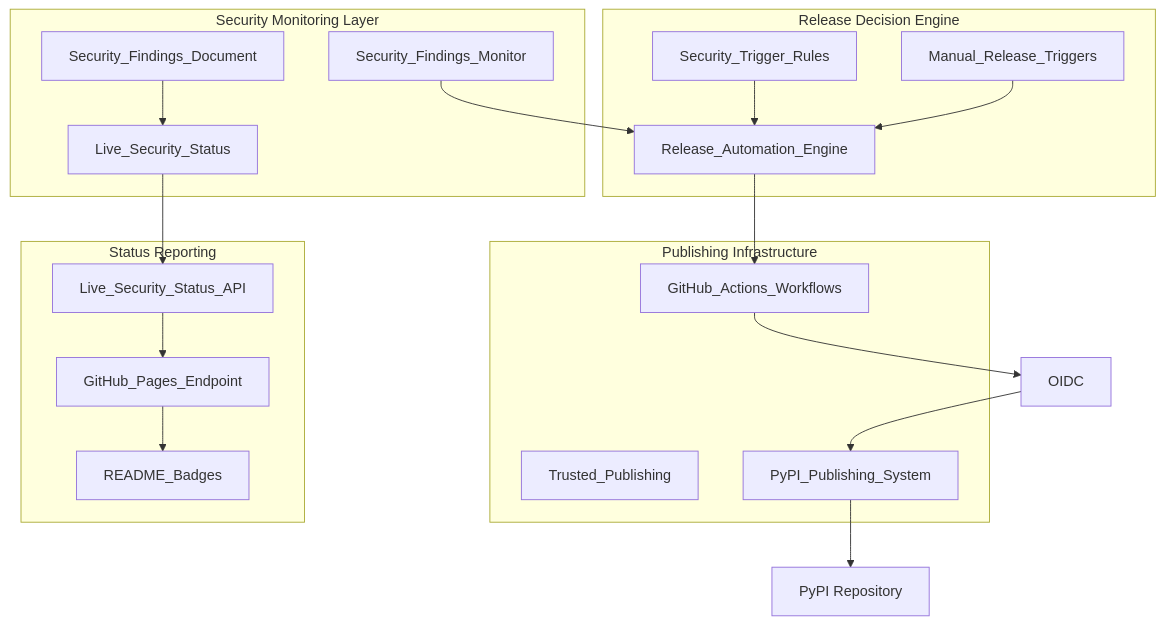
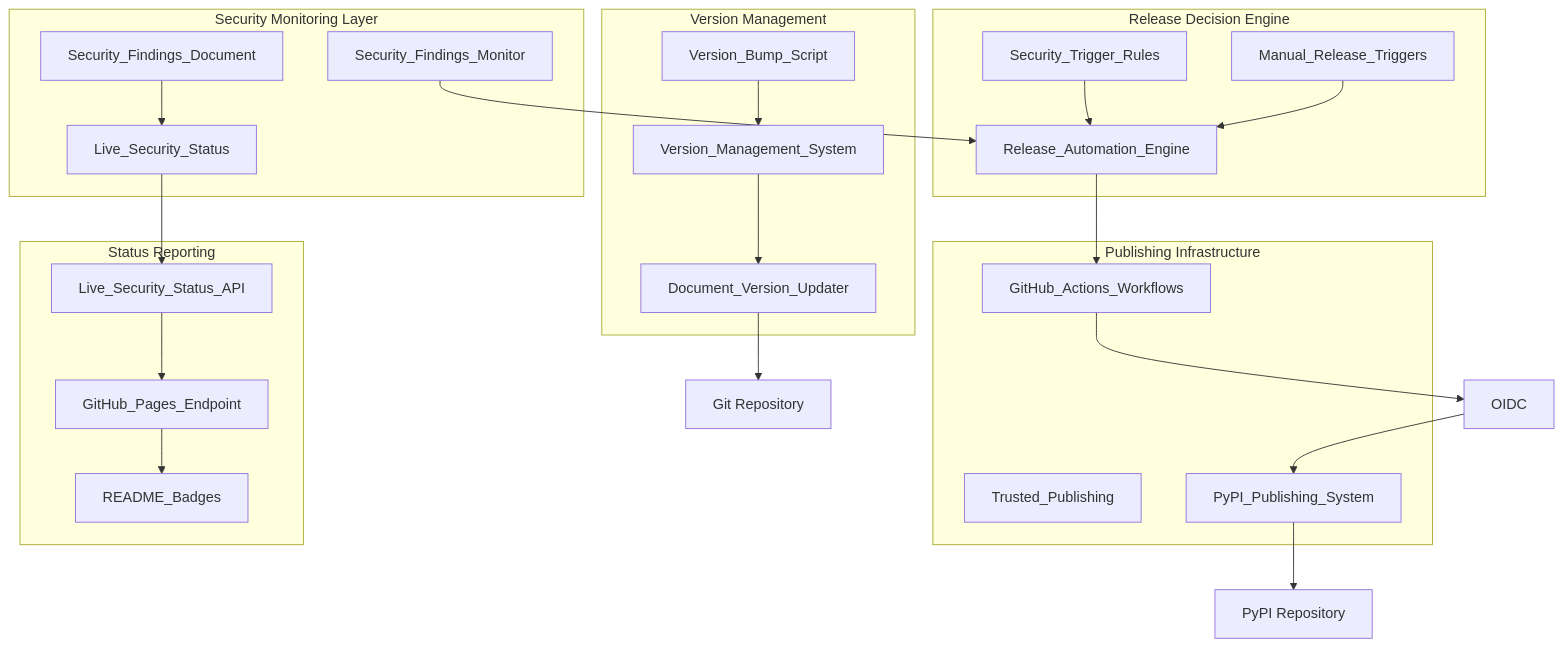
Before and after one commit to stabbotco1/mypylogger: the diagram in .kiro/specs/phase-7-pypi-publishing/design.md, drawn with Mermaid. The commit also changed other lines of this file and 9 other files, not shown here.

Commit message:
commit version bump code

````diff
--- a/.kiro/specs/phase-7-pypi-publishing/design.md
+++ b/.kiro/specs/phase-7-pypi-publishing/design.md
@@ -11,38 +11,47 @@
 ```mermaid
 graph TB
     subgraph "Security Monitoring Layer"
         SM[Security_Findings_Monitor]
         SS[Live_Security_Status]
         SF[Security_Findings_Document]
     end
     
     subgraph "Release Decision Engine"
         RDE[Release_Automation_Engine]
         STR[Security_Trigger_Rules]
         MRT[Manual_Release_Triggers]
     end
     
     subgraph "Publishing Infrastructure"
         GHA[GitHub_Actions_Workflows]
         TP[Trusted_Publishing]
         PPS[PyPI_Publishing_System]
     end
     
     subgraph "Status Reporting"
         LSS[Live_Security_Status_API]
         GHP[GitHub_Pages_Endpoint]
         RB[README_Badges]
     end
     
+    subgraph "Version Management"
+        VMS[Version_Management_System]
+        VBS[Version_Bump_Script]
+        DVU[Document_Version_Updater]
+    end
+    
     SM --> RDE
     SF --> SS
     SS --> LSS
     LSS --> GHP
     GHP --> RB
     RDE --> GHA
     STR --> RDE
     MRT --> RDE
     GHA --> OIDC
     OIDC --> PPS
     PPS --> PyPI[PyPI Repository]
+    VBS --> VMS
+    VMS --> DVU
+    DVU --> Git[Git Repository]
 ```
````
